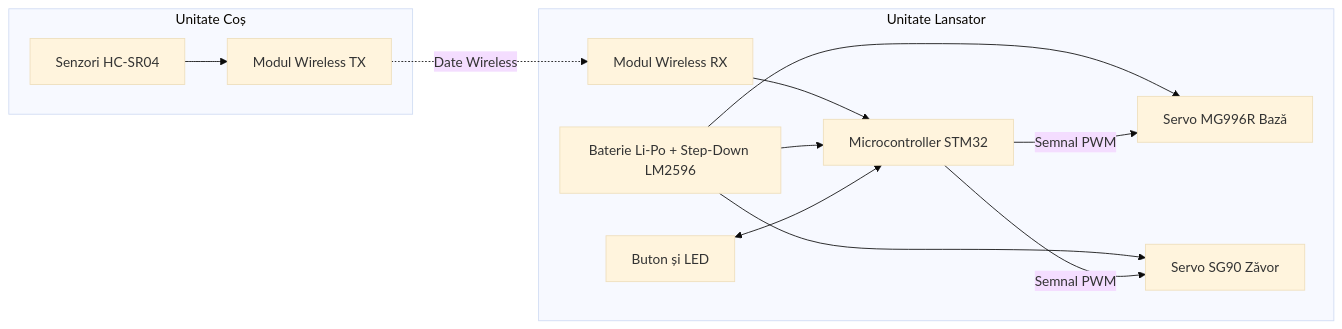
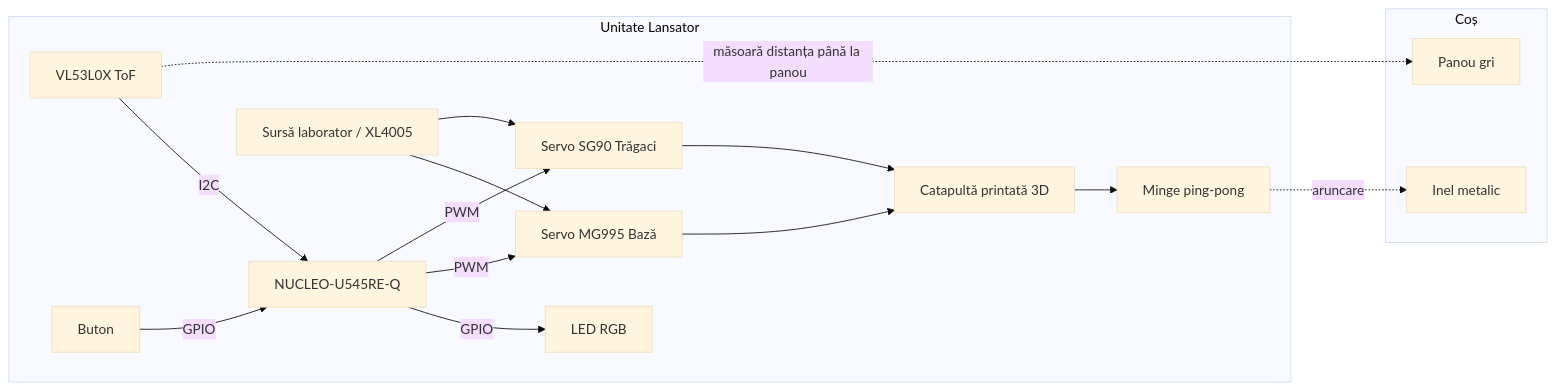
One commit to UPB-PMRust/website changed the first of 2 diagrams in website/versioned_docs/version-acs_cc/project/2026/vlad.raris/index.md. Above: the diagram before and after it, drawn with Mermaid (base theme). The commit also changed other lines of this file and 1 other file, not shown here.

````diff
--- a/website/versioned_docs/version-acs_cc/project/2026/vlad.raris/index.md
+++ b/website/versioned_docs/version-acs_cc/project/2026/vlad.raris/index.md
@@ -26,18 +31,23 @@
 ```mermaid
 flowchart LR
-    subgraph Coș ["Unitate Coș"]
-        Senzori[Senzori HC-SR04] --> TX[Modul Wireless TX]
+    subgraph Cos ["Coș"]
+        Panou[Panou gri]
+        Inel[Inel metalic]
     end
 
     subgraph Lansator ["Unitate Lansator"]
-        RX[Modul Wireless RX] --> MCU[Microcontroller STM32]
-        Alimentare[Baterie Li-Po + Step-Down LM2596] --> MCU
-        Alimentare --> S1
+        Senzor[VL53L0X ToF] -->|I2C| MCU[NUCLEO-U545RE-Q]
+        Buton[Buton] -->|GPIO| MCU
+        MCU -->|GPIO| LED[LED RGB]
+        MCU -->|PWM| S1[Servo MG995 Bază]
+        MCU -->|PWM| S2[Servo SG90 Trăgaci]
+        Alimentare[Sursă laborator / XL4005] --> S1
         Alimentare --> S2
-        Buton[Buton și LED] <--> MCU
-        MCU -->|Semnal PWM| S1[Servo MG996R Bază]
-        MCU -->|Semnal PWM| S2[Servo SG90 Zăvor]
+        Catapulta[Catapultă printată 3D] --> Minge[Minge ping-pong]
+        S2 --> Catapulta
+        S1 --> Catapulta
     end
 
-    TX -.->|Date Wireless| RX
+    Senzor -.->|măsoară distanța până la panou| Panou
+    Minge -.->|aruncare| Inel
 ```
````
